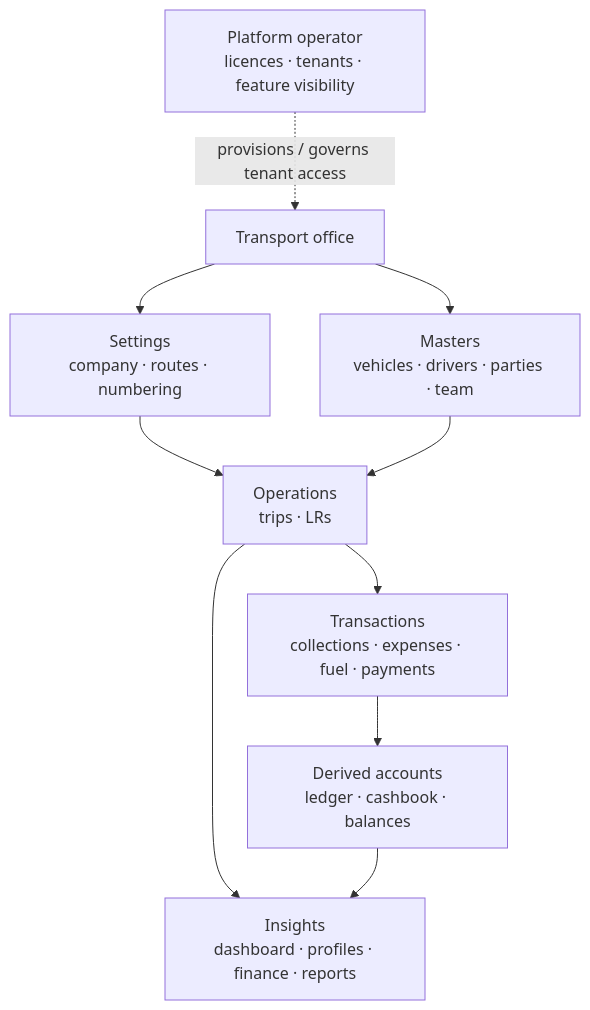
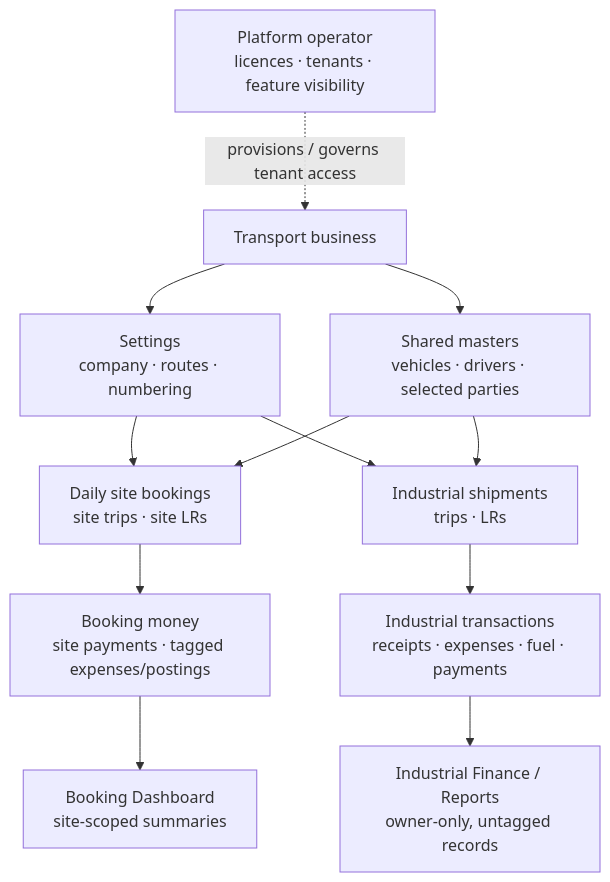
The sixth of 9 diagrams in ARCHITECTURE.md (adeotale27/FleetManagementSystem), drawn with Mermaid before and after one commit. The commit also changed other lines of this file and 43 other files, not shown here.

Commit message:
booking dashboard aditon

````diff
--- a/ARCHITECTURE.md
+++ b/ARCHITECTURE.md
@@ -208,21 +276,23 @@
 ```mermaid
 flowchart TB
-    Office["Transport office"]
+    Business["Transport business"]
     Setup["Settings<br/>company · routes · numbering"]
-    Fleet["Masters<br/>vehicles · drivers · parties · team"]
-    Run["Operations<br/>trips · LRs"]
-    Money["Transactions<br/>collections · expenses · fuel · payments"]
-    Accounts["Derived accounts<br/>ledger · cashbook · balances"]
-    Insight["Insights<br/>dashboard · profiles · finance · reports"]
+    Masters["Shared masters<br/>vehicles · drivers · selected parties"]
+    Booking["Daily site bookings<br/>site trips · site LRs"]
+    Industrial["Industrial shipments<br/>trips · LRs"]
+    SiteMoney["Booking money<br/>site payments · tagged expenses/postings"]
+    OfficeMoney["Industrial transactions<br/>receipts · expenses · fuel · payments"]
+    SiteInsight["Booking Dashboard<br/>site-scoped summaries"]
+    OfficeInsight["Industrial Finance / Reports<br/>owner-only, untagged records"]
     Platform["Platform operator<br/>licences · tenants · feature visibility"]
 
-    Office --> Setup
-    Office --> Fleet
-    Setup --> Run
-    Fleet --> Run
-    Run --> Money
-    Money --> Accounts
-    Run --> Insight
-    Accounts --> Insight
-    Platform -. "provisions / governs tenant access" .-> Office
+    Business --> Setup
+    Business --> Masters
+    Setup --> Booking
+    Setup --> Industrial
+    Masters --> Booking
+    Masters --> Industrial
+    Booking --> SiteMoney --> SiteInsight
+    Industrial --> OfficeMoney --> OfficeInsight
+    Platform -. "provisions / governs tenant access" .-> Business
 ```
````
